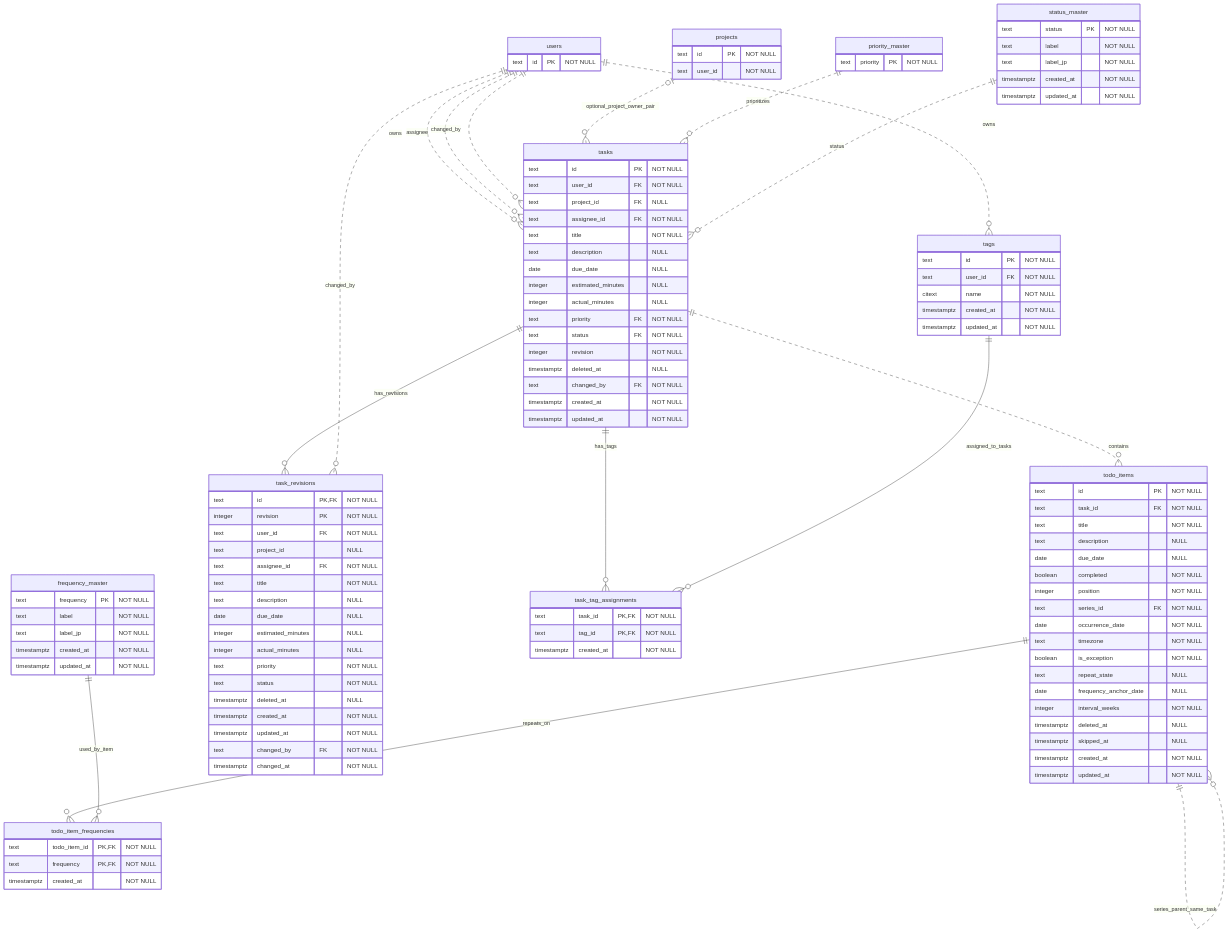
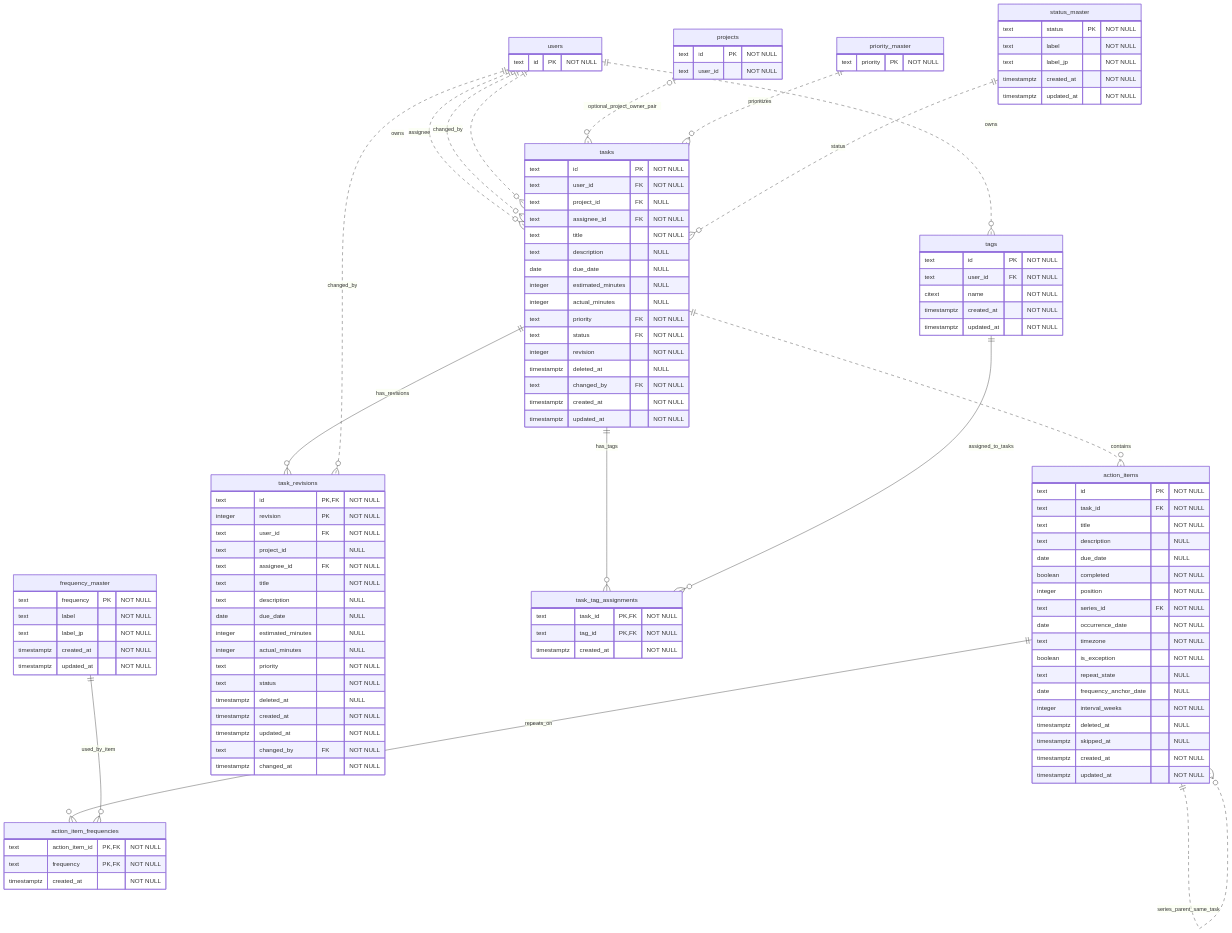
One commit to Najah7/task2todaytodo changed the diagram in backend/db/er/task.mmd. Above: the diagram before and after it, drawn with Mermaid. The commit also changed 137 other files, not shown here.

Commit message:
♻️ todo_items -> action_items

```diff
--- a/backend/db/er/task.mmd
+++ b/backend/db/er/task.mmd
@@ -1,131 +1,131 @@
 erDiagram
     %% External references: users, projects, priority_master, roles, and project_members.
     %% Composite FK: tasks(project_id, user_id) -> projects(id, user_id).
-    %% Composite self-FK: todo_items(series_id, task_id) -> todo_items(id, task_id).
-    %% Composite unique keys: tags(user_id, name), todo_items(id, task_id).
-    %% Partial unique index: todo_items(series_id, occurrence_date), only when id <> series_id.
+    %% Composite self-FK: action_items(series_id, task_id) -> action_items(id, task_id).
+    %% Composite unique keys: tags(user_id, name), action_items(id, task_id).
+    %% Partial unique index: action_items(series_id, occurrence_date), only when id <> series_id.
 
     users {
         text id PK "NOT NULL"
     }
 
     projects {
         text id PK "NOT NULL"
         text user_id "NOT NULL"
     }
 
     priority_master {
         text priority PK "NOT NULL"
     }
 
     status_master {
         text status PK "NOT NULL"
         text label "NOT NULL"
         text label_jp "NOT NULL"
         timestamptz created_at "NOT NULL"
         timestamptz updated_at "NOT NULL"
     }
 
     frequency_master {
         text frequency PK "NOT NULL"
         text label "NOT NULL"
         text label_jp "NOT NULL"
         timestamptz created_at "NOT NULL"
         timestamptz updated_at "NOT NULL"
     }
 
     tasks {
         text id PK "NOT NULL"
         text user_id FK "NOT NULL"
         text project_id FK "NULL"
         text assignee_id FK "NOT NULL"
         text title "NOT NULL"
         text description "NULL"
         date due_date "NULL"
         integer estimated_minutes "NULL"
         integer actual_minutes "NULL"
         text priority FK "NOT NULL"
         text status FK "NOT NULL"
         integer revision "NOT NULL"
         timestamptz deleted_at "NULL"
         text changed_by FK "NOT NULL"
         timestamptz created_at "NOT NULL"
         timestamptz updated_at "NOT NULL"
     }
 
     task_revisions {
         text id PK, FK "NOT NULL"
         integer revision PK "NOT NULL"
         text user_id FK "NOT NULL"
         text project_id "NULL"
         text assignee_id FK "NOT NULL"
         text title "NOT NULL"
         text description "NULL"
         date due_date "NULL"
         integer estimated_minutes "NULL"
         integer actual_minutes "NULL"
         text priority "NOT NULL"
         text status "NOT NULL"
         timestamptz deleted_at "NULL"
         timestamptz created_at "NOT NULL"
         timestamptz updated_at "NOT NULL"
         text changed_by FK "NOT NULL"
         timestamptz changed_at "NOT NULL"
     }
 
     tags {
         text id PK "NOT NULL"
         text user_id FK "NOT NULL"
         citext name "NOT NULL"
         timestamptz created_at "NOT NULL"
         timestamptz updated_at "NOT NULL"
     }
 
     task_tag_assignments {
         text task_id PK, FK "NOT NULL"
         text tag_id PK, FK "NOT NULL"
         timestamptz created_at "NOT NULL"
     }
 
-    todo_items {
+    action_items {
         text id PK "NOT NULL"
         text task_id FK "NOT NULL"
         text title "NOT NULL"
         text description "NULL"
         date due_date "NULL"
         boolean completed "NOT NULL"
         integer position "NOT NULL"
         text series_id FK "NOT NULL"
         date occurrence_date "NOT NULL"
         text timezone "NOT NULL"
         boolean is_exception "NOT NULL"
         text repeat_state "NULL"
         date frequency_anchor_date "NULL"
         integer interval_weeks "NOT NULL"
         timestamptz deleted_at "NULL"
         timestamptz skipped_at "NULL"
         timestamptz created_at "NOT NULL"
         timestamptz updated_at "NOT NULL"
     }
 
-    todo_item_frequencies {
-        text todo_item_id PK, FK "NOT NULL"
+    action_item_frequencies {
+        text action_item_id PK, FK "NOT NULL"
         text frequency PK, FK "NOT NULL"
         timestamptz created_at "NOT NULL"
     }
 
     users ||..o{ tasks : owns
     users ||..o{ tasks : assignee
     users ||..o{ tasks : changed_by
     projects |o..o{ tasks : optional_project_owner_pair
     priority_master ||..o{ tasks : prioritizes
     status_master ||..o{ tasks : status
     tasks ||--o{ task_revisions : has_revisions
     users ||..o{ task_revisions : changed_by
     users ||..o{ tags : owns
     tasks ||--o{ task_tag_assignments : has_tags
     tags ||--o{ task_tag_assignments : assigned_to_tasks
-    tasks ||..o{ todo_items : contains
-    todo_items ||..o{ todo_items : series_parent_same_task
-    todo_items ||--o{ todo_item_frequencies : repeats_on
-    frequency_master ||--o{ todo_item_frequencies : used_by_item
+    tasks ||..o{ action_items : contains
+    action_items ||..o{ action_items : series_parent_same_task
+    action_items ||--o{ action_item_frequencies : repeats_on
+    frequency_master ||--o{ action_item_frequencies : used_by_item
```
